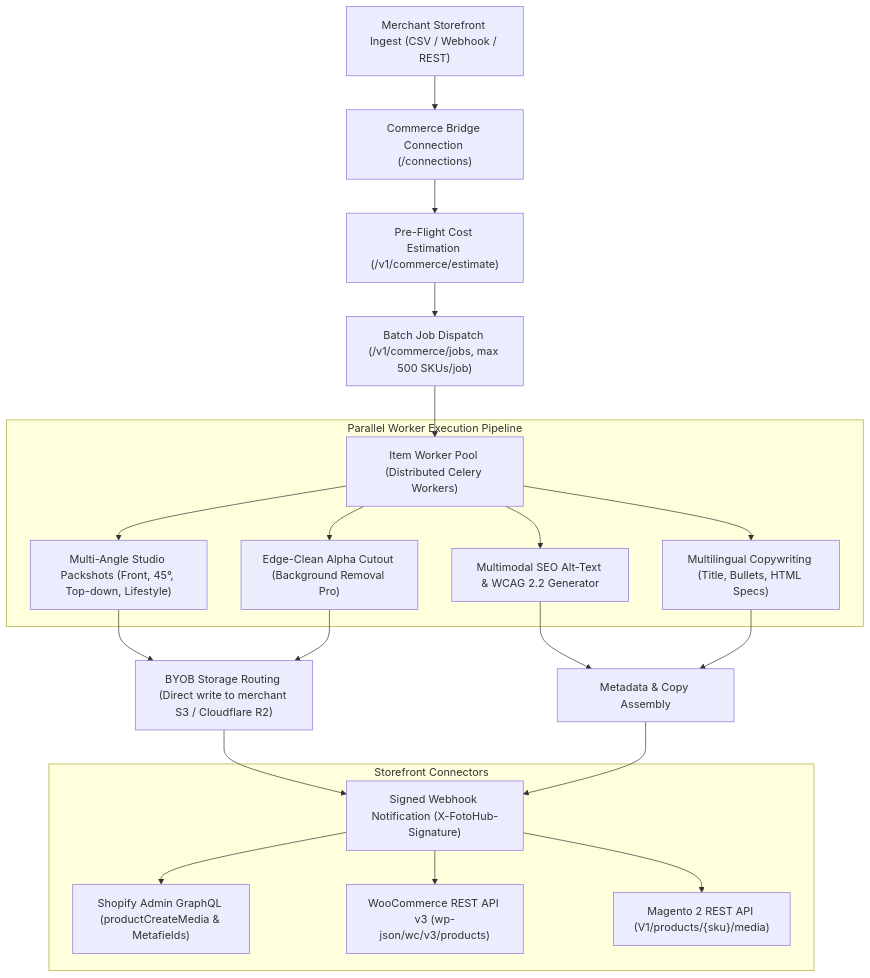
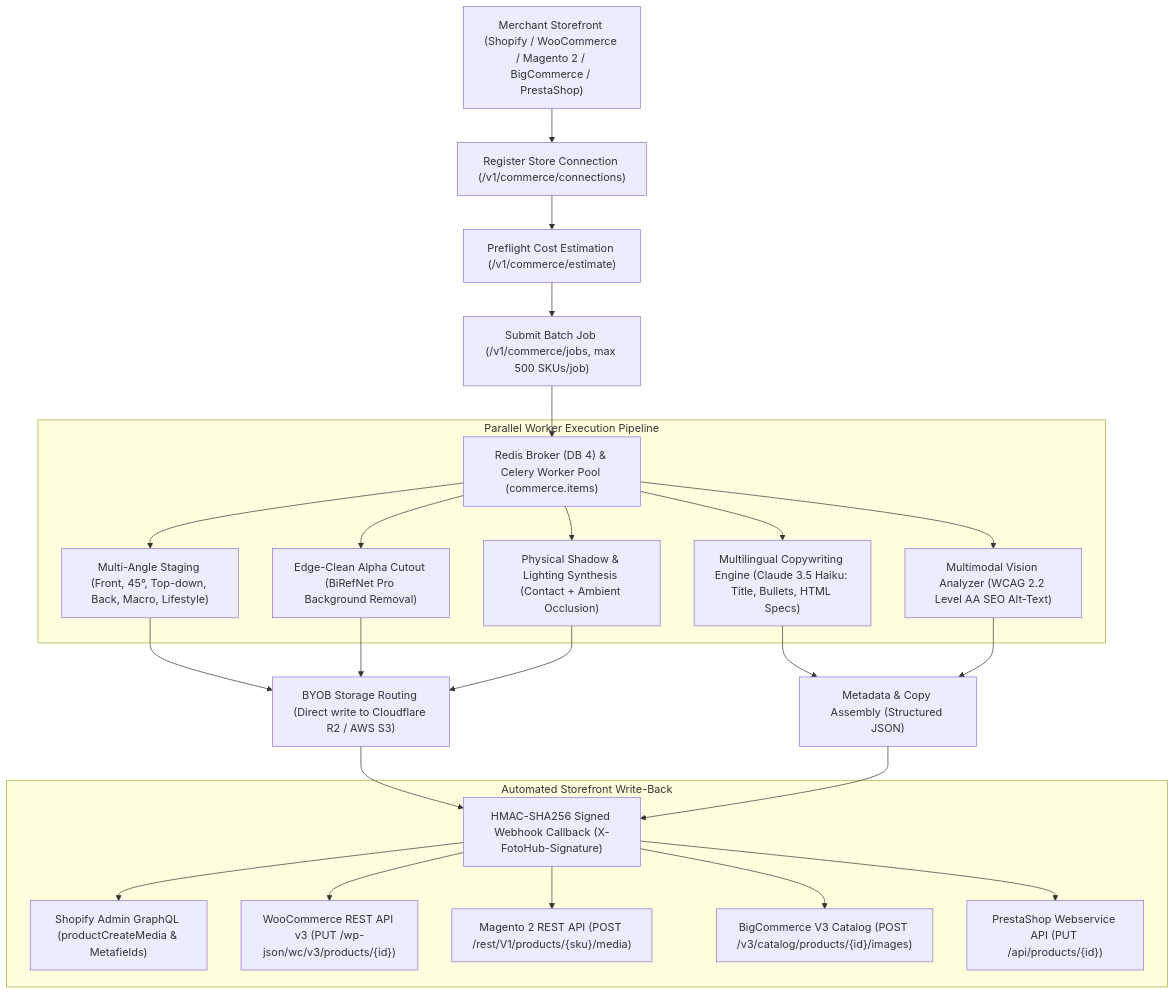
One commit to fotohubapp/docs changed the diagram in recipes/ecommerce-catalog-automation.md. Above: the diagram before and after it, drawn with Mermaid. The commit also changed other lines of this file and 61 other files, not shown here.

````diff
--- a/recipes/ecommerce-catalog-automation.md
+++ b/recipes/ecommerce-catalog-automation.md
@@ -11,24 +13,27 @@
 ```mermaid
 flowchart TD
-    A["Merchant Storefront Ingest (CSV / Webhook / REST)"] --> B["Commerce Bridge Connection (/connections)"]
-    B --> C["Pre-Flight Cost Estimation (/v1/commerce/estimate)"]
-    C --> D["Batch Job Dispatch (/v1/commerce/jobs, max 500 SKUs/job)"]
-    D --> E["Item Worker Pool (Distributed Celery Workers)"]
-    
+    A["Merchant Storefront (Shopify / WooCommerce / Magento 2 / BigCommerce / PrestaShop)"] --> B["Register Store Connection (/v1/commerce/connections)"]
+    B --> C["Preflight Cost Estimation (/v1/commerce/estimate)"]
+    C --> D["Submit Batch Job (/v1/commerce/jobs, max 500 SKUs/job)"]
+    D --> E["Redis Broker (DB 4) & Celery Worker Pool (commerce.items)"]
+
     subgraph "Parallel Worker Execution Pipeline"
-        E --> F1["Multi-Angle Studio Packshots (Front, 45°, Top-down, Lifestyle)"]
-        E --> F2["Edge-Clean Alpha Cutout (Background Removal Pro)"]
-        E --> F3["Multimodal SEO Alt-Text & WCAG 2.2 Generator"]
-        E --> F4["Multilingual Copywriting (Title, Bullets, HTML Specs)"]
+        E --> F1["Multi-Angle Staging (Front, 45°, Top-down, Back, Macro, Lifestyle)"]
+        E --> F2["Edge-Clean Alpha Cutout (BiRefNet Pro Background Removal)"]
+        E --> F3["Physical Shadow & Lighting Synthesis (Contact + Ambient Occlusion)"]
+        E --> F4["Multilingual Copywriting Engine (Claude 3.5 Haiku: Title, Bullets, HTML Specs)"]
+        E --> F5["Multimodal Vision Analyzer (WCAG 2.2 Level AA SEO Alt-Text)"]
     end
-    
-    F1 & F2 --> G["BYOB Storage Routing (Direct write to merchant S3 / Cloudflare R2)"]
-    F3 & F4 --> H["Metadata & Copy Assembly"]
-    G & H --> I["Signed Webhook Notification (X-FotoHub-Signature)"]
-    
-    subgraph "Storefront Connectors"
+
+    F1 & F2 & F3 --> G["BYOB Storage Routing (Direct write to Cloudflare R2 / AWS S3)"]
+    F4 & F5 --> H["Metadata & Copy Assembly (Structured JSON)"]
+    G & H --> I["HMAC-SHA256 Signed Webhook Callback (X-FotoHub-Signature)"]
+
+    subgraph "Automated Storefront Write-Back"
         I --> J1["Shopify Admin GraphQL (productCreateMedia & Metafields)"]
-        I --> J2["WooCommerce REST API v3 (wp-json/wc/v3/products)"]
-        I --> J3["Magento 2 REST API (V1/products/{sku}/media)"]
+        I --> J2["WooCommerce REST API v3 (PUT /wp-json/wc/v3/products/{id})"]
+        I --> J3["Magento 2 REST API (POST /rest/V1/products/{sku}/media)"]
+        I --> J4["BigCommerce V3 Catalog (POST /v3/catalog/products/{id}/images)"]
+        I --> J5["PrestaShop Webservice API (PUT /api/products/{id})"]
     end
 ```
````
